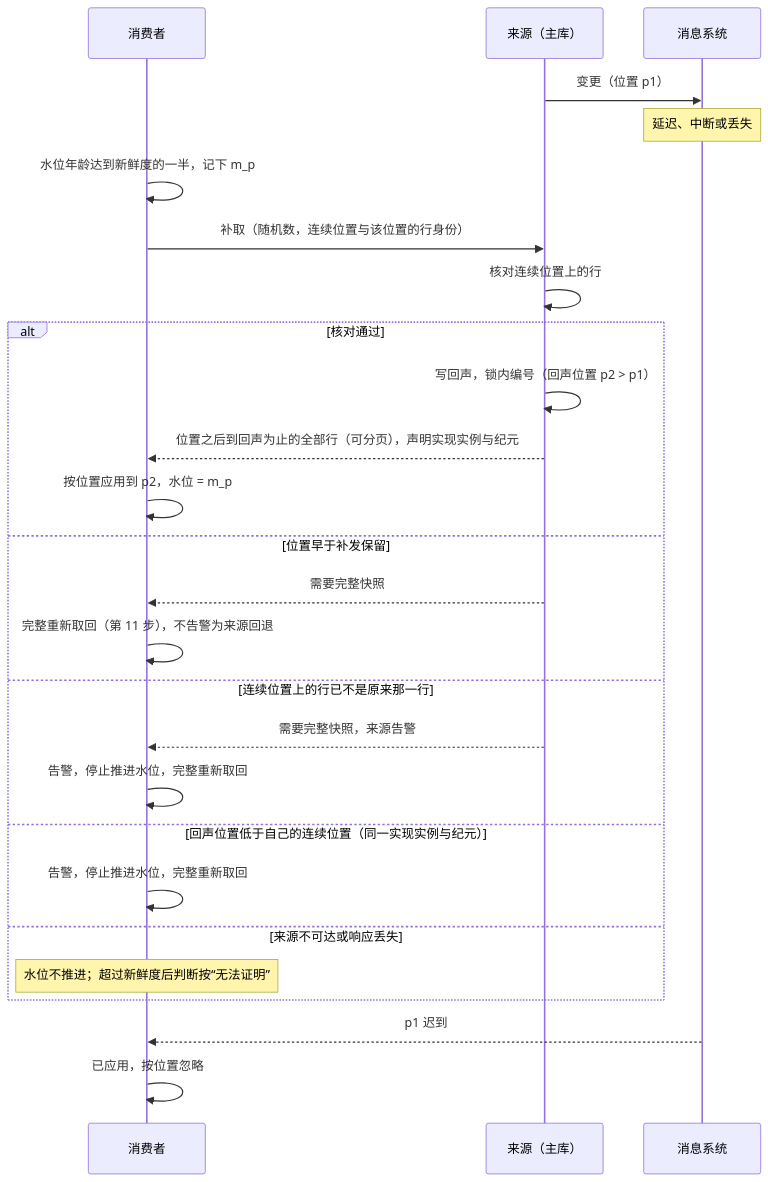
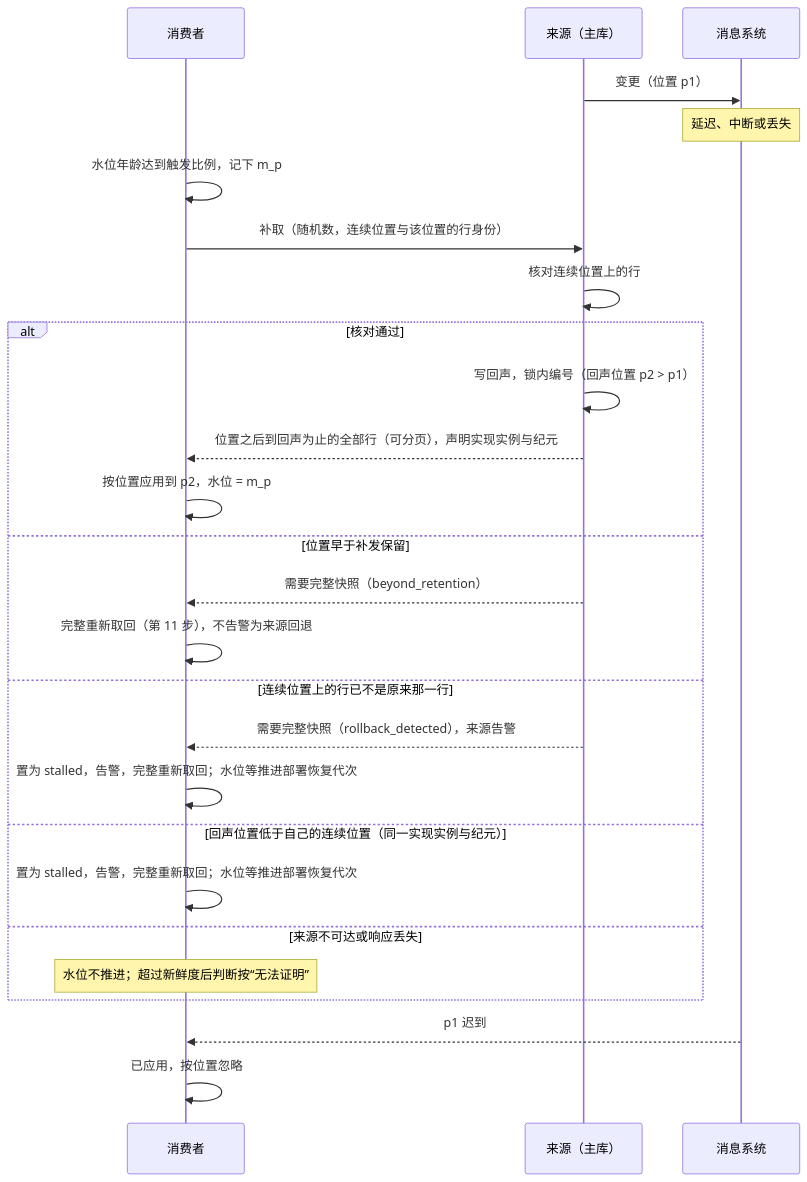
Before and after one commit to brickKit/be-assembly-standard: the first of 2 diagrams in tempDocs/final/06-protocols/02-projections.md, drawn with Mermaid. The commit also changed other lines of this file and 3 other files, not shown here.

````diff
--- a/tempDocs/final/06-protocols/02-projections.md
+++ b/tempDocs/final/06-protocols/02-projections.md
@@ -125,28 +137,28 @@
 ```mermaid
 sequenceDiagram
     participant C as 消费者
     participant S as 来源（主库）
     participant Q as 消息系统
     S->>Q: 变更（位置 p1）
     Note over Q: 延迟、中断或丢失
-    C->>C: 水位年龄达到新鲜度的一半，记下 m_p
+    C->>C: 水位年龄达到触发比例，记下 m_p
     C->>S: 补取（随机数，连续位置与该位置的行身份）
     S->>S: 核对连续位置上的行
     alt 核对通过
         S->>S: 写回声，锁内编号（回声位置 p2 > p1）
         S-->>C: 位置之后到回声为止的全部行（可分页），声明实现实例与纪元
         C->>C: 按位置应用到 p2，水位 = m_p
     else 位置早于补发保留
-        S-->>C: 需要完整快照
+        S-->>C: 需要完整快照（beyond_retention）
         C->>C: 完整重新取回（第 11 步），不告警为来源回退
     else 连续位置上的行已不是原来那一行
-        S-->>C: 需要完整快照，来源告警
-        C->>C: 告警，停止推进水位，完整重新取回
+        S-->>C: 需要完整快照（rollback_detected），来源告警
+        C->>C: 置为 stalled，告警，完整重新取回；水位等推进部署恢复代次
     else 回声位置低于自己的连续位置（同一实现实例与纪元）
-        C->>C: 告警，停止推进水位，完整重新取回
+        C->>C: 置为 stalled，告警，完整重新取回；水位等推进部署恢复代次
     else 来源不可达或响应丢失
         Note over C: 水位不推进；超过新鲜度后判断按“无法证明”
     end
     Q-->>C: p1 迟到
     C->>C: 已应用，按位置忽略
 ```
````
